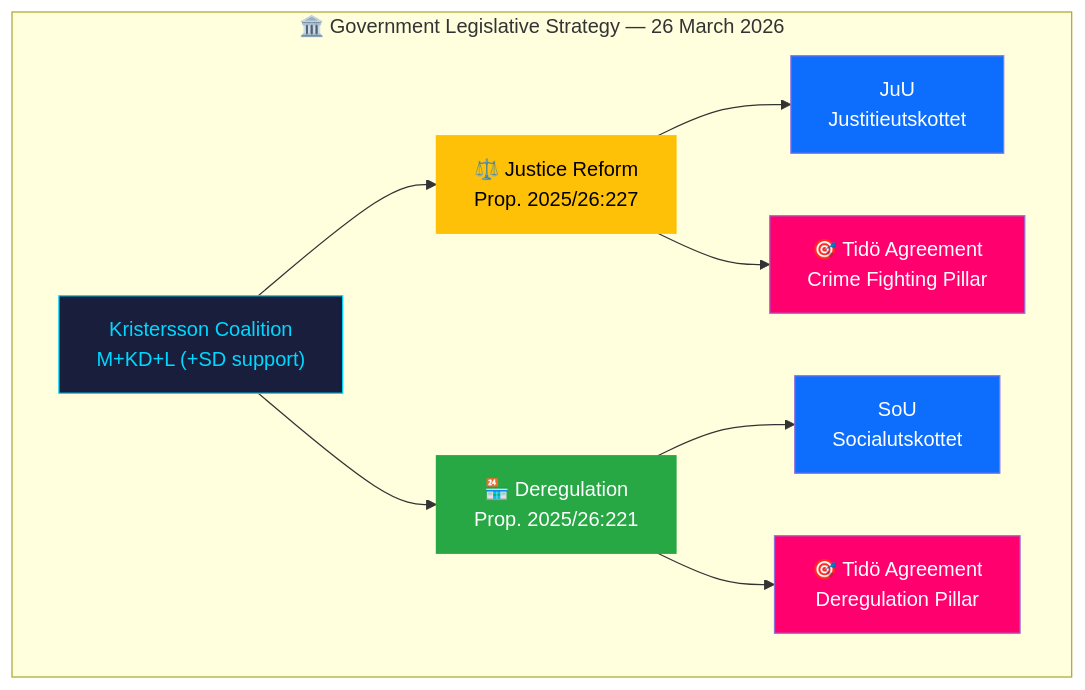
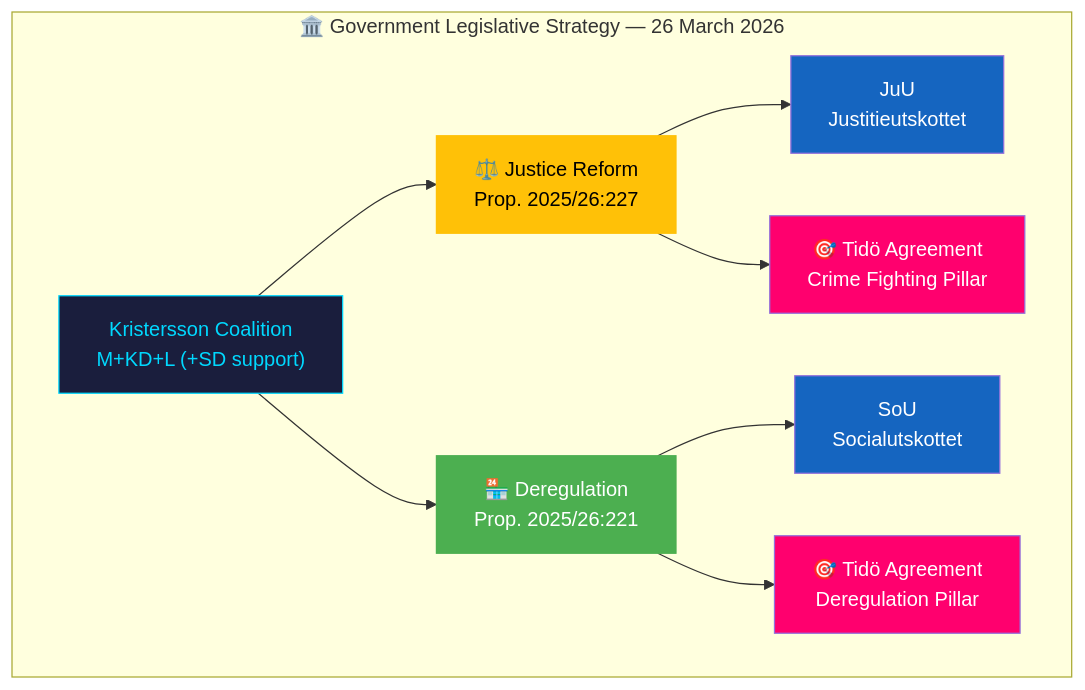
Before and after one commit to Hack23/riksdagsmonitor: the diagram in analysis/daily/2026-03-26/propositions/synthesis-summary.md, drawn with Mermaid. The commit also changed 785 other files, not shown here.

First line of the commit message:
Normalize mermaid colors across 786 analysis artifacts to ISMS Style Guide palette

````diff
--- a/analysis/daily/2026-03-26/propositions/synthesis-summary.md
+++ b/analysis/daily/2026-03-26/propositions/synthesis-summary.md
@@ -14,21 +14,21 @@
 ```mermaid
 graph TD
     subgraph "🏛️ Government Legislative Strategy — 26 March 2026"
         GOV["Kristersson Coalition<br/>M+KD+L (+SD support)"] --> JUS["⚖️ Justice Reform<br/>Prop. 2025/26:227"]
         GOV --> DEREG["🏪 Deregulation<br/>Prop. 2025/26:221"]
         
         JUS --> JuU["JuU<br/>Justitieutskottet"]
         DEREG --> SoU["SoU<br/>Socialutskottet"]
         
         JUS --> TIDO["🎯 Tidö Agreement<br/>Crime Fighting Pillar"]
         DEREG --> TIDO2["🎯 Tidö Agreement<br/>Deregulation Pillar"]
     end
 
     style GOV fill:#1a1e3d,color:#00d9ff,stroke:#00d9ff
-    style JUS fill:#ffc107,color:#000,stroke:#ffc107
-    style DEREG fill:#28a745,color:#fff,stroke:#28a745
-    style JuU fill:#0d6efd,color:#fff
-    style SoU fill:#0d6efd,color:#fff
-    style TIDO fill:#ff006e,color:#fff
-    style TIDO2 fill:#ff006e,color:#fff
+    style JUS fill:#FFC107,color:#000000,stroke:#FFC107
+    style DEREG fill:#4CAF50,color:#FFFFFF,stroke:#4CAF50
+    style JuU fill:#1565C0,color:#FFFFFF
+    style SoU fill:#1565C0,color:#FFFFFF
+    style TIDO fill:#ff006e,color:#FFFFFF
+    style TIDO2 fill:#ff006e,color:#FFFFFF
 ```
````
